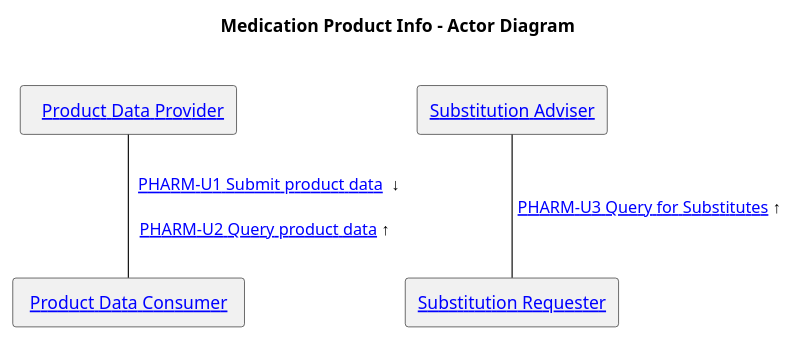
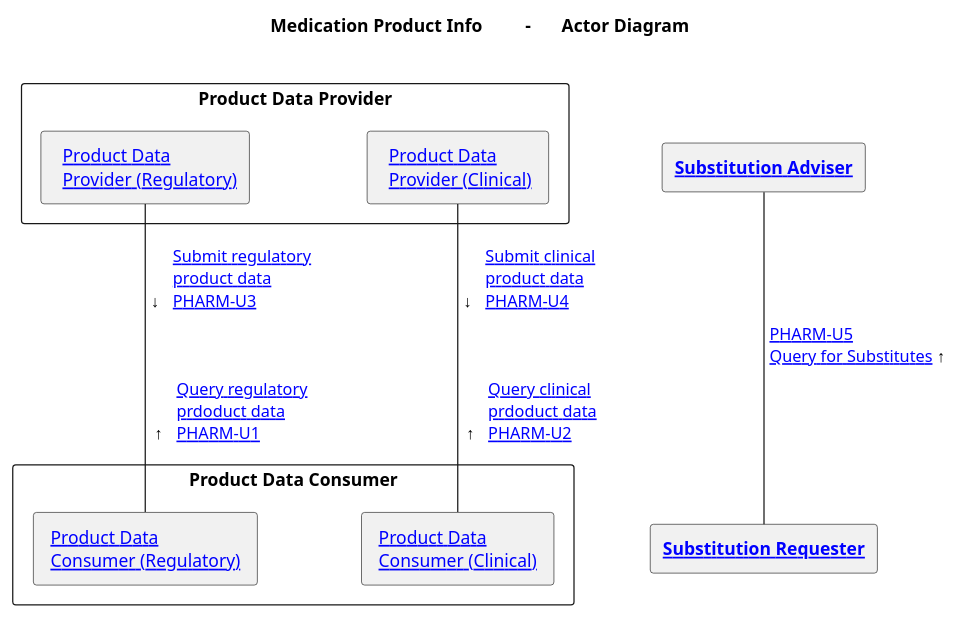
Before and after one commit to unicom-project-eu/unicom-ihe-transactions: the diagram in input/images-source/ActorsAndTransactions.plantuml, drawn with PlantUML. The commit also changed 12 other files, not shown here.

```diff
--- a/input/images-source/ActorsAndTransactions.plantuml
+++ b/input/images-source/ActorsAndTransactions.plantuml
@@ -1,16 +1,34 @@
 @startuml
 '!include ./style.iuml
-
-title Medication Product Info - Actor Diagram\n
+!pragma teoz true
+title Medication Product Info   \t- \tActor Diagram\n
 skinparam linetype polyline
-agent "  [[actors_and_transactions.html#product-data-provider Product Data Provider]]" as proddataprovider
-agent " [[actors_and_transactions.html#product-data-consumer Product Data Consumer ]]" as proddataconsumer
-
-agent "[[actors_and_transactions.html#substitution-adviser Substitution Adviser]]" as substadviser
-agent "[[actors_and_transactions.html#substitution-requester Substitution Requester]]" as substrequester
 
 
-proddataprovider -- proddataconsumer : "  [[ PHARM-U1.html PHARM-U1 Submit product data ]] ↓      \n\n[[PHARM-U2.html PHARM-U2 Query product data]] ↑      "
-proddataprovider -[hidden]r- substadviser : "\t\t\t\t"
-substadviser -d- substrequester : " [[PHARM-U3.html PHARM-U3 Query for Substitutes]] ↑   "
+rectangle "Product Data Provider" {
+  agent "  [[actors_and_transactions.html#product-data-provider Product Data \nProvider (Regulatory)]]" as proddataprovider
+  agent "  [[actors_and_transactions.html#product-data-provider Product Data \nProvider (Clinical) ]]" as proddataproviderc
+}
+
+rectangle "Product Data Consumer" {
+agent " [[actors_and_transactions.html#product-data-consumer Product Data \nConsumer (Regulatory) ]]" as proddataconsumer
+agent " [[actors_and_transactions.html#product-data-consumer Product Data \nConsumer (Clinical) ]]" as proddataconsumerc
+}
+
+agent "**[[actors_and_transactions.html#substitution-adviser Substitution Adviser]]**" as substadviser
+agent "**[[actors_and_transactions.html#substitution-requester Substitution Requester]]**" as substrequester
+
+
+
+proddataprovider -- proddataconsumer : " **↓**  [[u3.html Submit regulatory\nproduct data \nPHARM-U3 ]]       \n\n\n\n **↑**  [[u1.html Query regulatory\nprdoduct data\nPHARM-U1]]       "
+
+proddataproviderc -- proddataconsumerc : " **↓**  [[u4.html Submit clinical\nproduct data \nPHARM-U4 ]]    \n\n\n\n **↑**  [[u2.html Query clinical\nprdoduct data\nPHARM-U2]]   "
+
+proddataprovider -[hidden]r- proddataproviderc : "                 "
+
+proddataconsumer -[hidden]r- proddataconsumerc : "              "
+
+
+proddataproviderc -[hidden]r- substadviser : "\t\t"
+substadviser -d- substrequester : " [[u5.html PHARM-U5 \nQuery for Substitutes]] ↑   "
 @enduml
```
